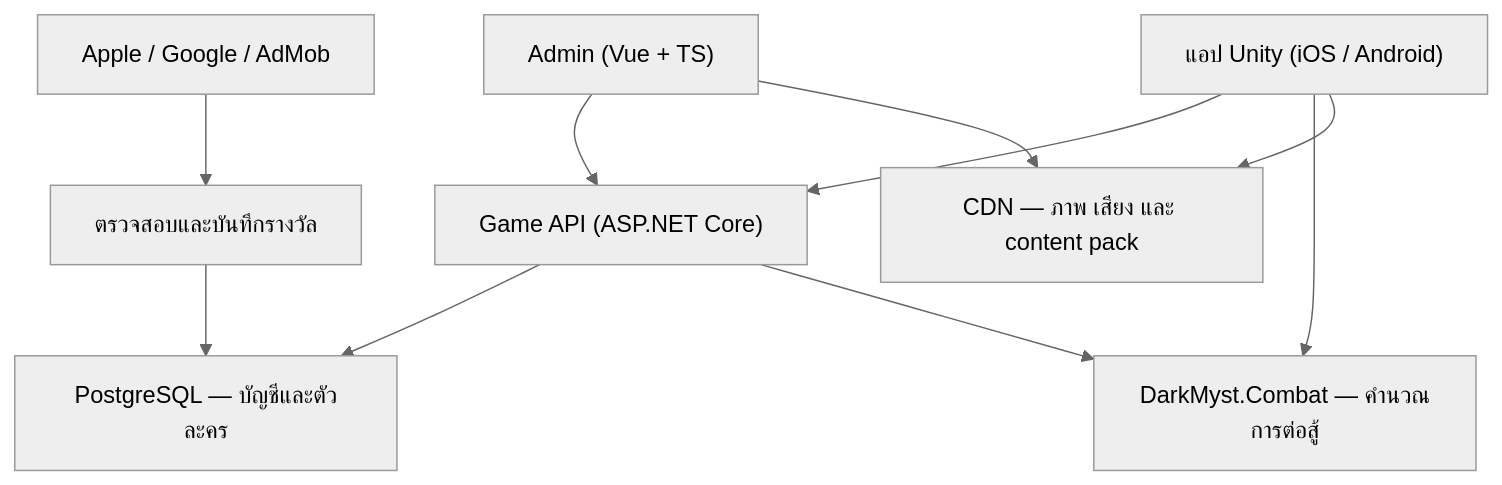
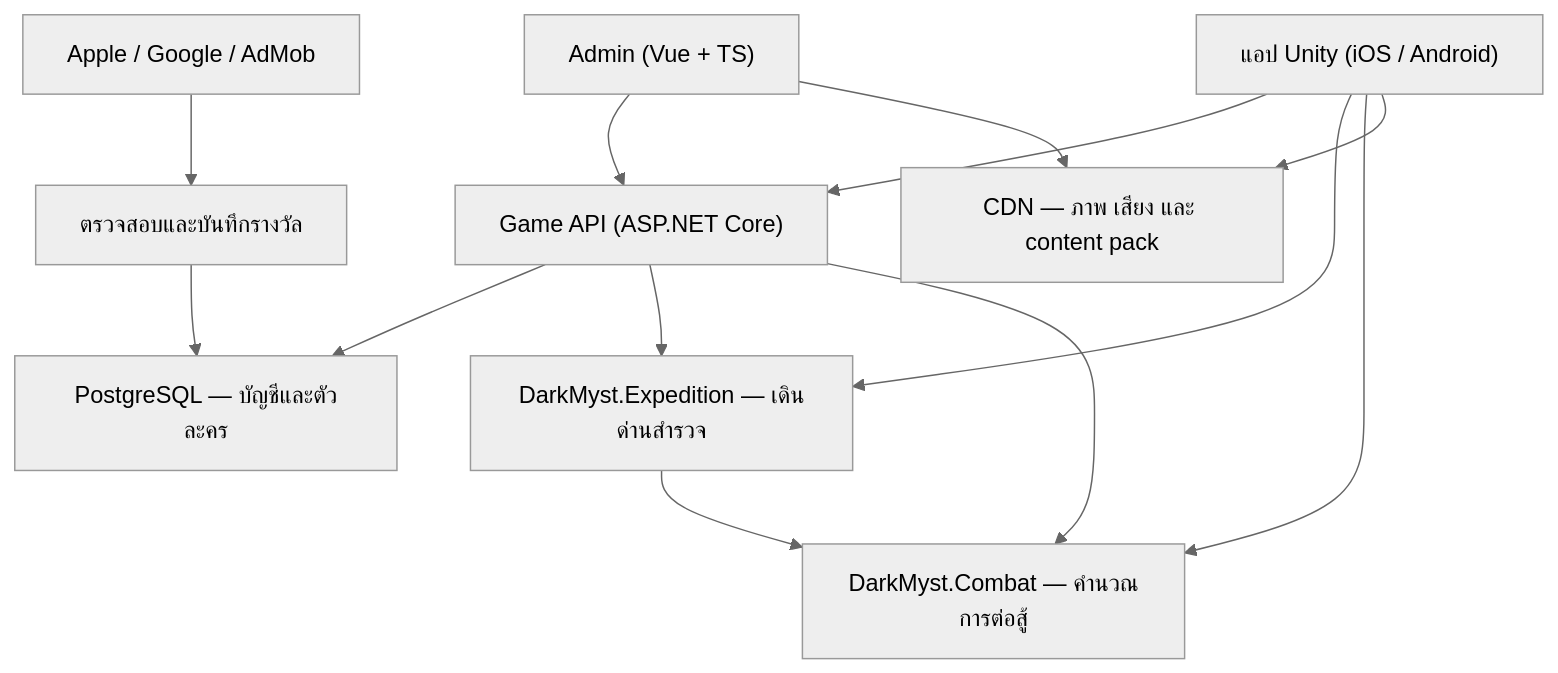
Before and after one commit to TPhat33/dark-myst: the diagram in docs/01-architecture.md, drawn with Mermaid (neutral theme). The commit also changed other lines of this file and 1 other file, not shown here.

````diff
--- a/docs/01-architecture.md
+++ b/docs/01-architecture.md
@@ -5,12 +5,15 @@
 ```mermaid
 flowchart TD
     A["แอป Unity (iOS / Android)"] --> B["Game API (ASP.NET Core)"]
     B --> C["PostgreSQL — บัญชีและตัวละคร"]
-    B --> D["DarkMyst.Combat — คำนวณการต่อสู้"]
+    B --> I["DarkMyst.Expedition — เดินด่านสำรวจ"]
+    I --> D["DarkMyst.Combat — คำนวณการต่อสู้"]
+    B --> D
+    A --> I
     A --> D
     E["Apple / Google / AdMob"] --> F["ตรวจสอบและบันทึกรางวัล"]
     F --> C
     G["Admin (Vue + TS)"] --> B
     A --> H["CDN — ภาพ เสียง และ content pack"]
     G --> H
 ```
````
